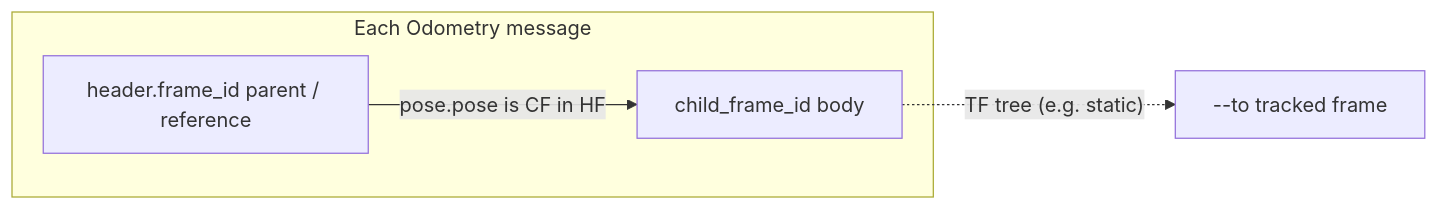
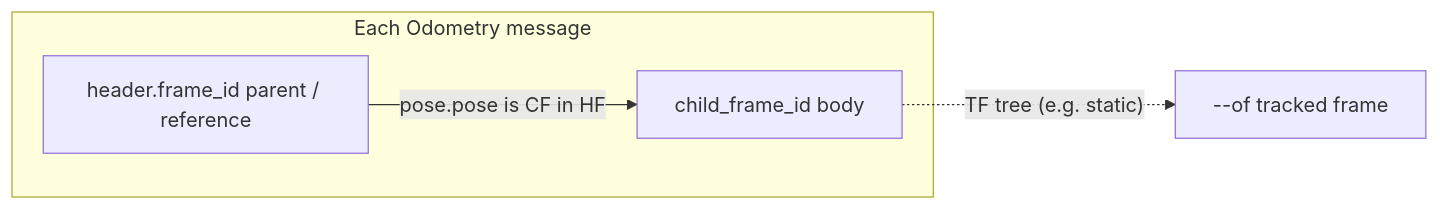
One commit to otenim/bagwiz changed the second of 3 diagrams in docs/commands/traj.md. Above: the diagram before and after it, drawn with Mermaid. The commit also changed other lines of this file and 3 other files, not shown here.

````diff
--- a/docs/commands/traj.md
+++ b/docs/commands/traj.md
@@ -110,9 +110,9 @@
 ```mermaid
 flowchart LR
   subgraph odom["Each Odometry message"]
     HF["header.frame_id parent / reference"]
     CF["child_frame_id body"]
   end
   HF -->|"pose.pose is CF in HF"| CF
-  CF -.->|"TF tree (e.g. static)"| To["--to tracked frame"]
+  CF -.->|"TF tree (e.g. static)"| Of["--of tracked frame"]
 ```
````
